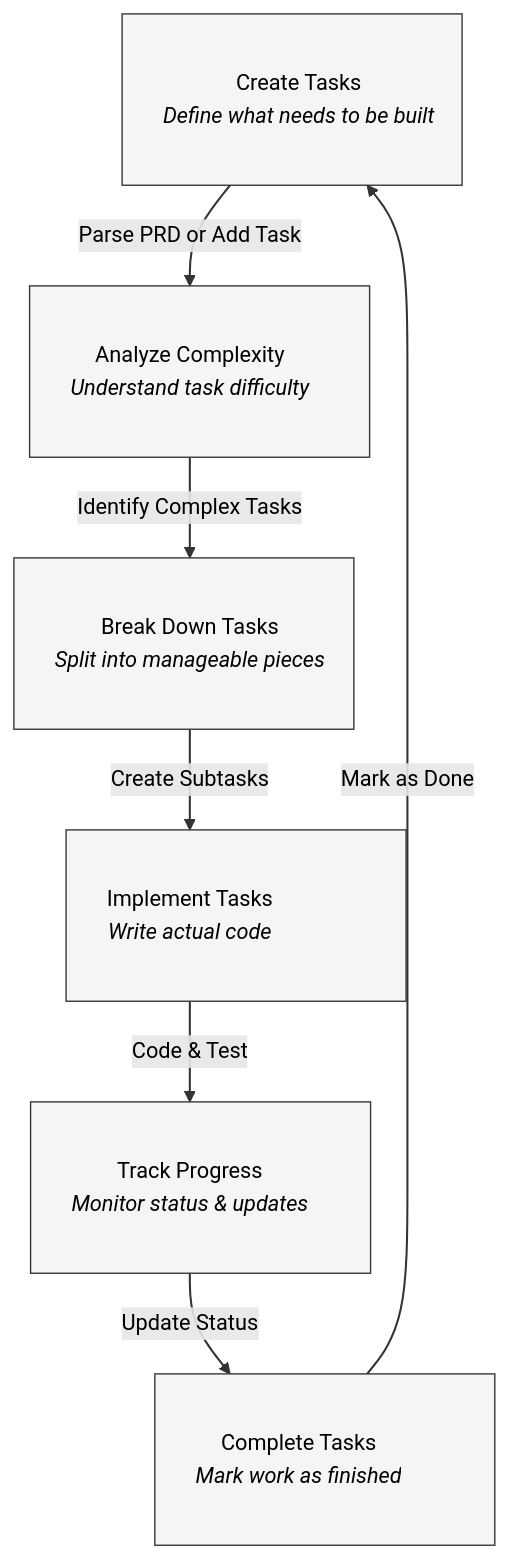
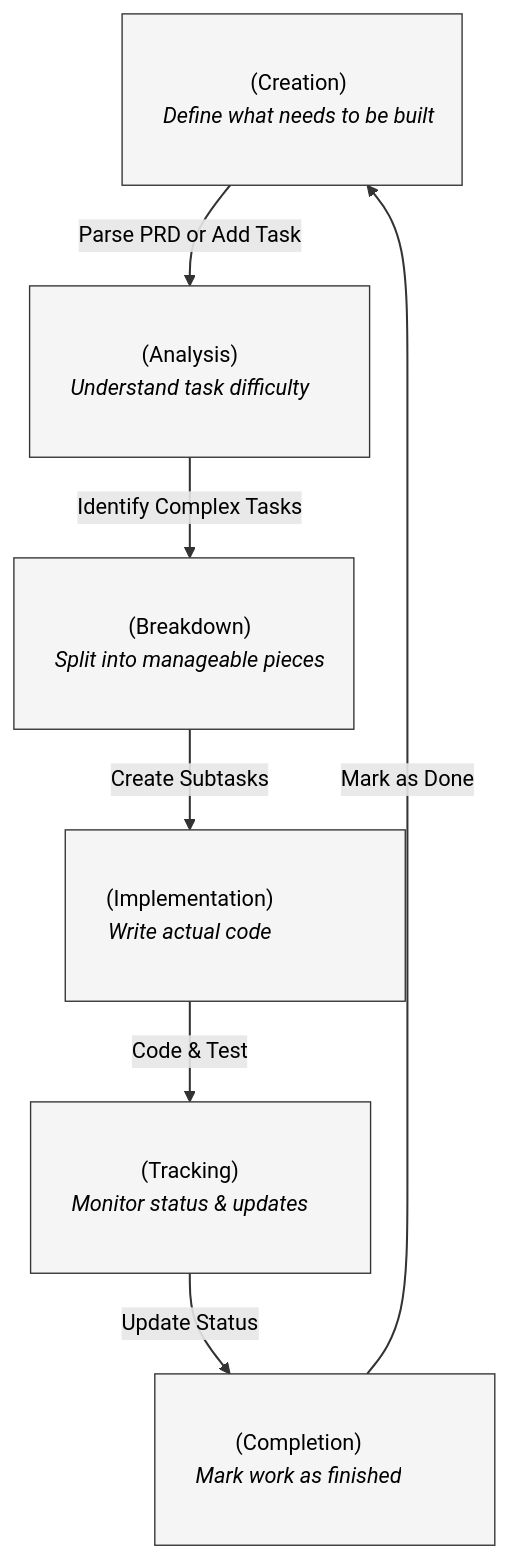
Before and after one commit to colours93/cursor_workflow: the first of 2 diagrams in docs/QUICK-START.md, drawn with Mermaid.

Commit message:
Update main workflow diagram with rounded edges and state-like styling

````diff
--- a/docs/QUICK-START.md
+++ b/docs/QUICK-START.md
@@ -83,14 +83,14 @@
 ```mermaid
-graph TB
-    A["Create Tasks<br><i>Define what needs to be built</i>"] -->|Parse PRD or Add Task| B["Analyze Complexity<br><i>Understand task difficulty</i>"]
-    B -->|Identify Complex Tasks| C["Break Down Tasks<br><i>Split into manageable pieces</i>"]
-    C -->|Create Subtasks| D["Implement Tasks<br><i>Write actual code</i>"]
-    D -->|Code & Test| E["Track Progress<br><i>Monitor status & updates</i>"]
-    E -->|Update Status| F["Complete Tasks<br><i>Mark work as finished</i>"]
+flowchart TB
+    A["(Creation)<br><i>Define what needs to be built</i>"] -->|Parse PRD or Add Task| B["(Analysis)<br><i>Understand task difficulty</i>"]
+    B -->|Identify Complex Tasks| C["(Breakdown)<br><i>Split into manageable pieces</i>"]
+    C -->|Create Subtasks| D["(Implementation)<br><i>Write actual code</i>"]
+    D -->|Code & Test| E["(Tracking)<br><i>Monitor status & updates</i>"]
+    E -->|Update Status| F["(Completion)<br><i>Mark work as finished</i>"]
     F -->|Mark as Done| A
     
-    classDef stateStyle fill:#f5f5f5,stroke:#333,stroke-width:1px,color:black,width:250px,padding:10px
+    classDef stateStyle fill:#f5f5f5,stroke:#333,stroke-width:1px,color:black,width:250px,padding:10px,border-radius:8px
     class A,B,C,D,E,F stateStyle
     
     linkStyle default stroke:#333,stroke-width:1.5px,color:black
 ```
````
